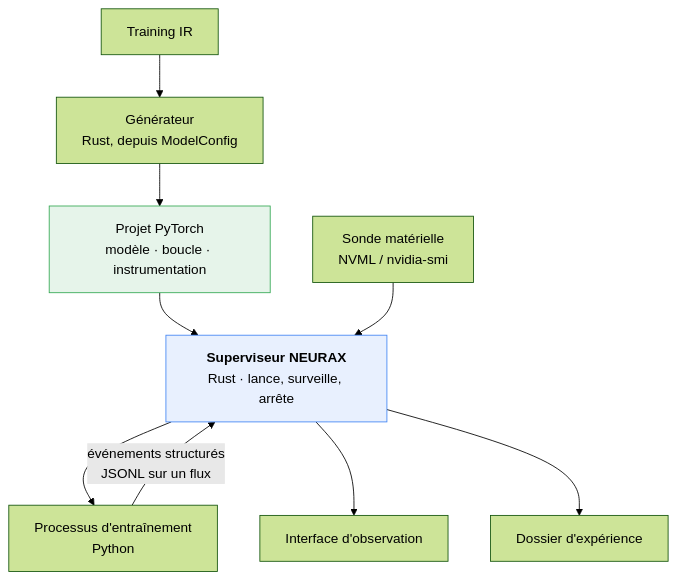
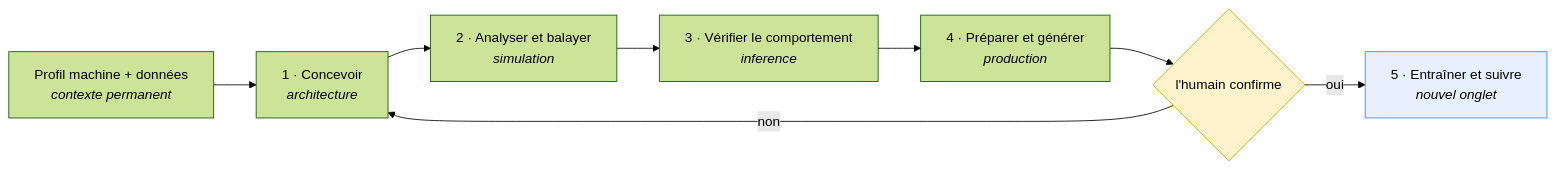
The third of 4 diagrams in idee.md (rustnew/NEURAX), drawn with Mermaid (forest theme) before and after one commit. The commit also changed other lines of this file, not shown here.

````diff
--- a/idee.md
+++ b/idee.md
@@ -359,16 +205,13 @@
 ```mermaid
-flowchart TB
-    tir["Training IR"] --> gen["Générateur<br/>Rust, depuis ModelConfig"]
-    gen --> code["Projet PyTorch<br/>modèle · boucle · instrumentation"]
+flowchart LR
+    p0["Profil machine + données<br/><i>contexte permanent</i>"] --> p1
+    p1["1 · Concevoir<br/><i>architecture</i>"] --> p2["2 · Analyser et balayer<br/><i>simulation</i>"]
+    p2 --> p3["3 · Vérifier le comportement<br/><i>inference</i>"]
+    p3 --> p4["4 · Préparer et générer<br/><i>production</i>"]
+    p4 --> g{"l'humain confirme"}
+    g -->|non| p1
+    g -->|oui| p5["5 · Entraîner et suivre<br/><i>nouvel onglet</i>"]
 
-    code --> sup["<b>Superviseur NEURAX</b><br/>Rust · lance, surveille, arrête"]
-    sup --> proc["Processus d'entraînement<br/>Python"]
-
-    proc -->|événements structurés<br/>JSONL sur un flux| sup
-    nvml["Sonde matérielle<br/>NVML / nvidia-smi"] --> sup
-    sup --> ui["Interface d'observation"]
-    sup --> rec["Dossier d'expérience"]
-
-    style sup fill:#e8f0fe,stroke:#4285f4
-    style code fill:#e6f4ea,stroke:#34a853
+    style g fill:#fff3cd,stroke:#d39e00
+    style p5 fill:#e8f0fe,stroke:#4285f4
 ```
````
